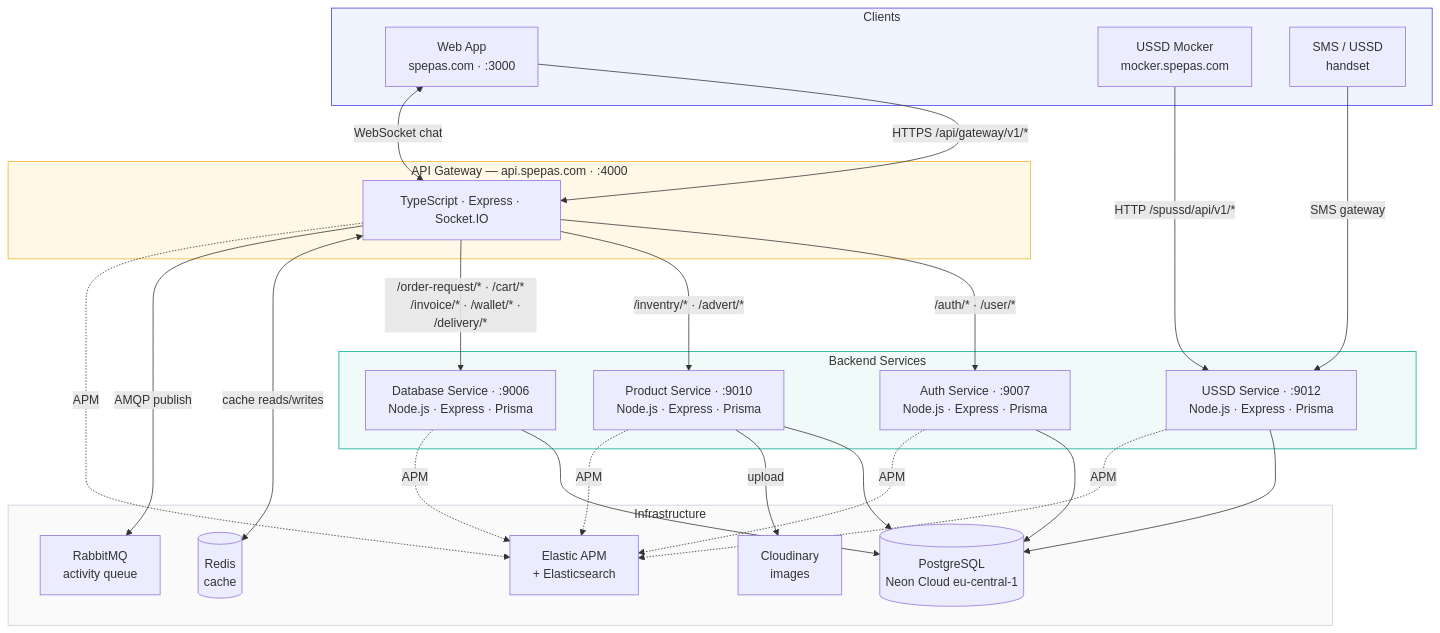
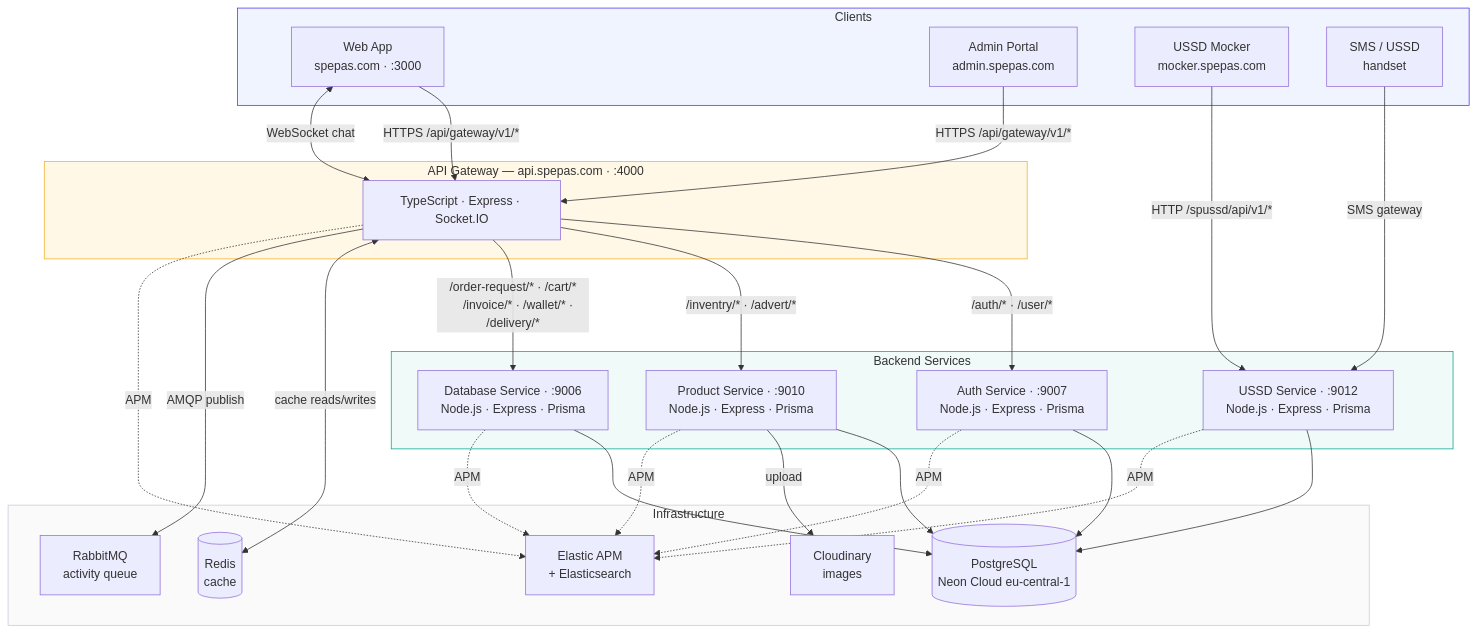
Before and after one commit to spepas-dev/spepas-website: the first of 2 diagrams in docs/architecture.md, drawn with Mermaid. The commit also changed other lines of this file and 2 other files, not shown here.

First line of the commit message:
docs: update test plan, overview, and architecture with admin portal + web app findings

````diff
--- a/docs/architecture.md
+++ b/docs/architecture.md
@@ -15,68 +15,71 @@
 ```mermaid
 flowchart TD
     subgraph clients["Clients"]
         WEB["Web App
         spepas.com · :3000"]
+        ADMIN["Admin Portal
+        admin.spepas.com"]
         MOCK["USSD Mocker
         mocker.spepas.com"]
         SMS["SMS / USSD
         handset"]
     end
 
     subgraph gw["API Gateway — api.spepas.com · :4000"]
         GW["TypeScript · Express · Socket.IO"]
     end
 
     subgraph svc["Backend Services"]
         AUTH["Auth Service · :9007
         Node.js · Express · Prisma"]
         PROD["Product Service · :9010
         Node.js · Express · Prisma"]
         DBSVC["Database Service · :9006
         Node.js · Express · Prisma"]
         USSD["USSD Service · :9012
         Node.js · Express · Prisma"]
     end
 
     subgraph infra["Infrastructure"]
         PG[("PostgreSQL
         Neon Cloud eu-central-1")]
         REDIS[("Redis
         cache")]
         MQ["RabbitMQ
         activity queue"]
         CDN["Cloudinary
         images"]
         ES["Elastic APM
         + Elasticsearch"]
     end
 
     WEB -->|"HTTPS /api/gateway/v1/*"| GW
     WEB <-->|"WebSocket chat"| GW
+    ADMIN -->|"HTTPS /api/gateway/v1/*"| GW
     MOCK -->|"HTTP /spussd/api/v1/*"| USSD
     SMS -->|"SMS gateway"| USSD
 
     GW -->|"/auth/* · /user/*"| AUTH
     GW -->|"/inventry/* · /advert/*"| PROD
     GW -->|"/order-request/* · /cart/*
     /invoice/* · /wallet/* · /delivery/*"| DBSVC
     GW <-->|"cache reads/writes"| REDIS
     GW -->|"AMQP publish"| MQ
 
     AUTH --> PG
     PROD --> PG
     PROD -->|"upload"| CDN
     DBSVC --> PG
     USSD --> PG
 
     AUTH -.->|"APM"| ES
     PROD -.->|"APM"| ES
     DBSVC -.->|"APM"| ES
     USSD -.->|"APM"| ES
     GW -.->|"APM"| ES
 
     style clients fill:#f0f4ff,stroke:#4A36EC
     style gw fill:#fff8e6,stroke:#F5B127
     style svc fill:#f0faf8,stroke:#00a991
     style infra fill:#fafafa,stroke:#cbc9db
 ```
````
